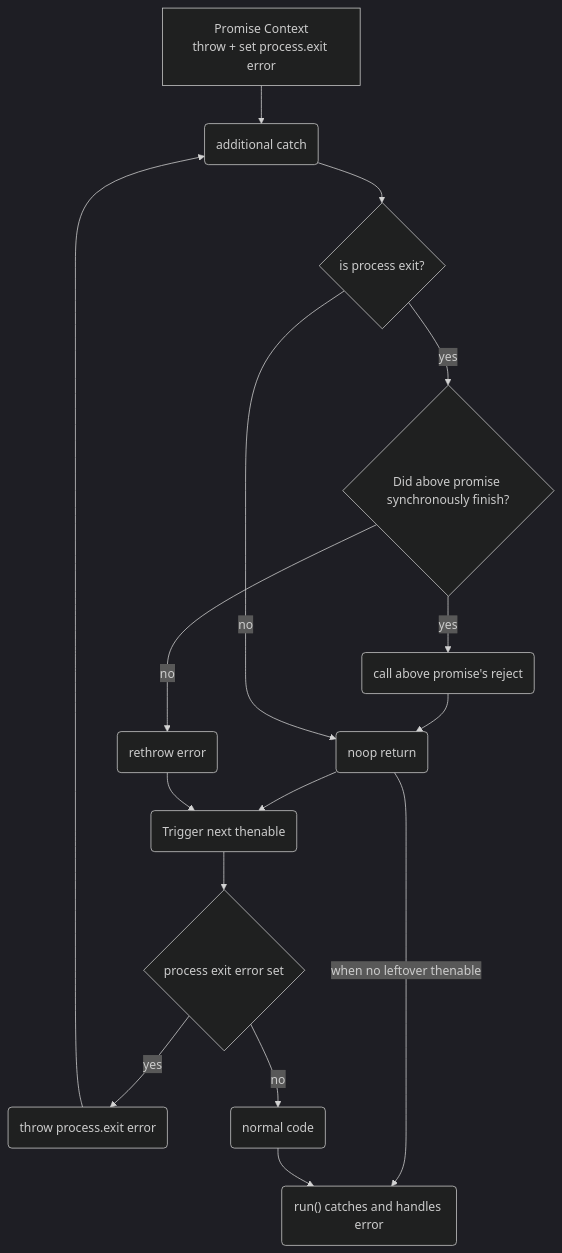
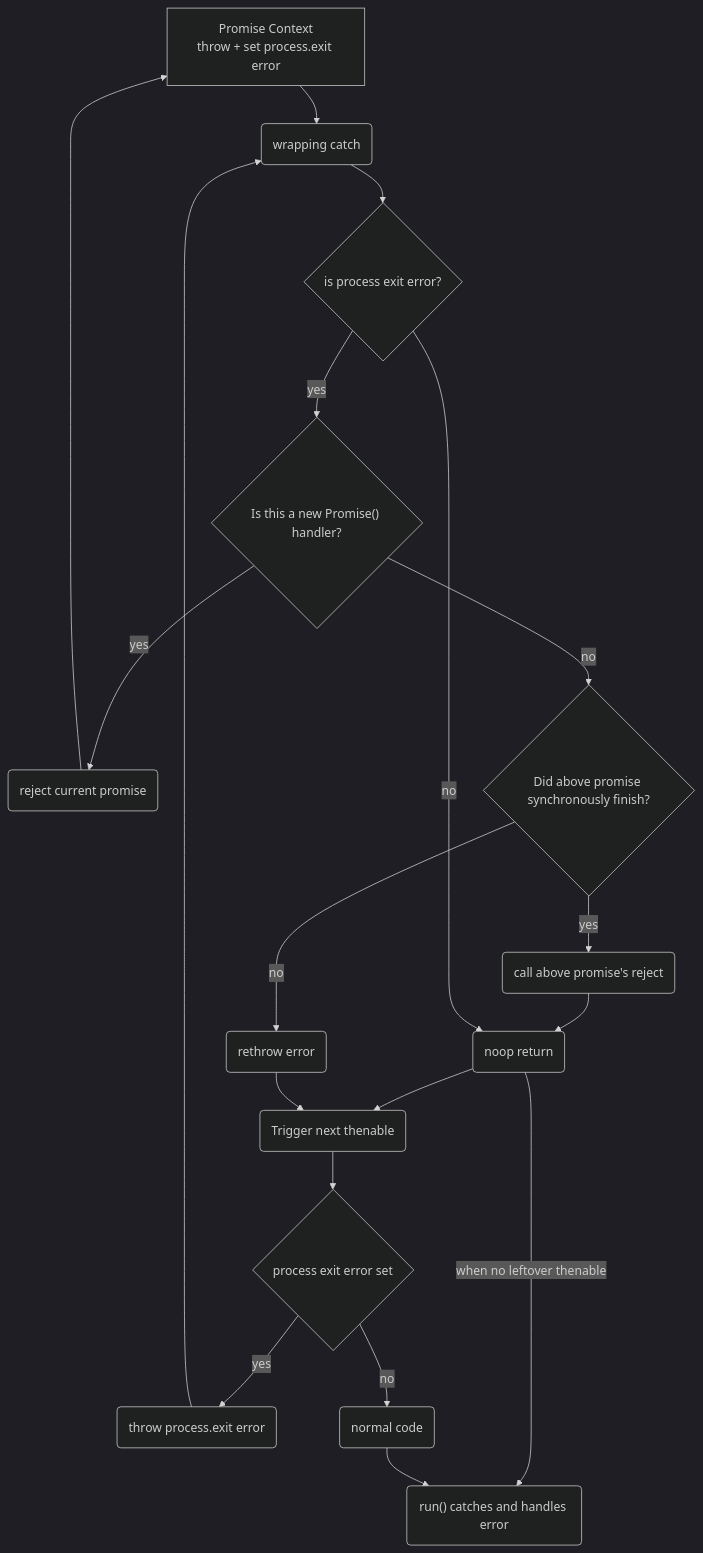
Before and after one commit to HanseltimeIndustries/jest-cli-tester: the fifth of 5 diagrams in DESIGN.md, drawn with Mermaid (dark theme). The commit also changed other lines of this file and 13 other files, not shown here.

````diff
--- a/DESIGN.md
+++ b/DESIGN.md
@@ -92,18 +140,21 @@
 ```mermaid
 flowchart TD
-    A[Promise Context<br>throw + set process.exit error] --> B(additional catch)
-    B --> C{is process exit?}
-    C -->|yes| D{Did above promise synchronously finish?}
+    A[Promise Context<br>throw + set process.exit error] --> B(wrapping catch)
+    B --> C{is process exit error?}
+    C -->|yes| W{"Is this a new Promise() handler?"}
+    W -->|yes| X(reject current promise)
+    X --> A
+    W -->|no| D{Did above promise synchronously finish?}
     D --> |no| E(rethrow error)
     D --> |yes| F(call above promise's reject)
     F --> G(noop return)
     C --> |no| G
     G --> H(Trigger next thenable)
     E --> H
     H --> I{process exit error set}
     I -->|yes| J(throw process.exit error)
     I -->|no| K(normal code)
     J --> B
     G --> |when no leftover thenable| U
     K --> U("run() catches and handles error")
 ```
````
